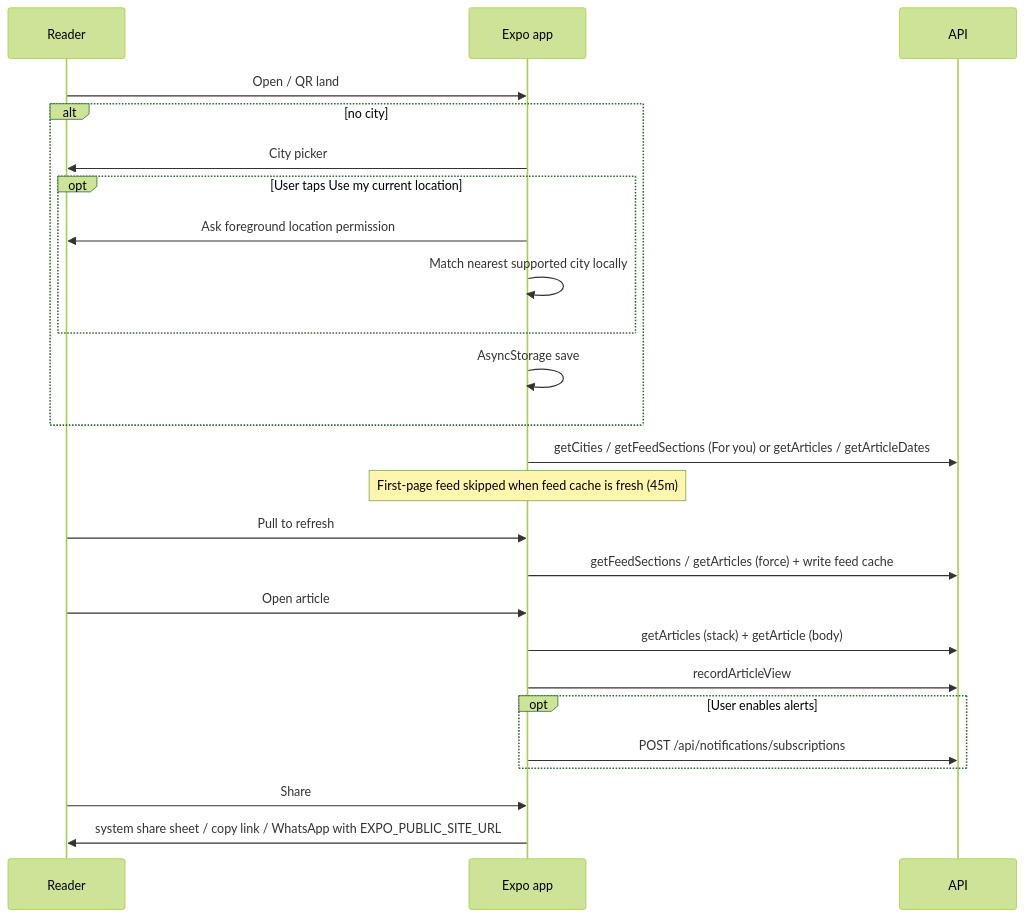
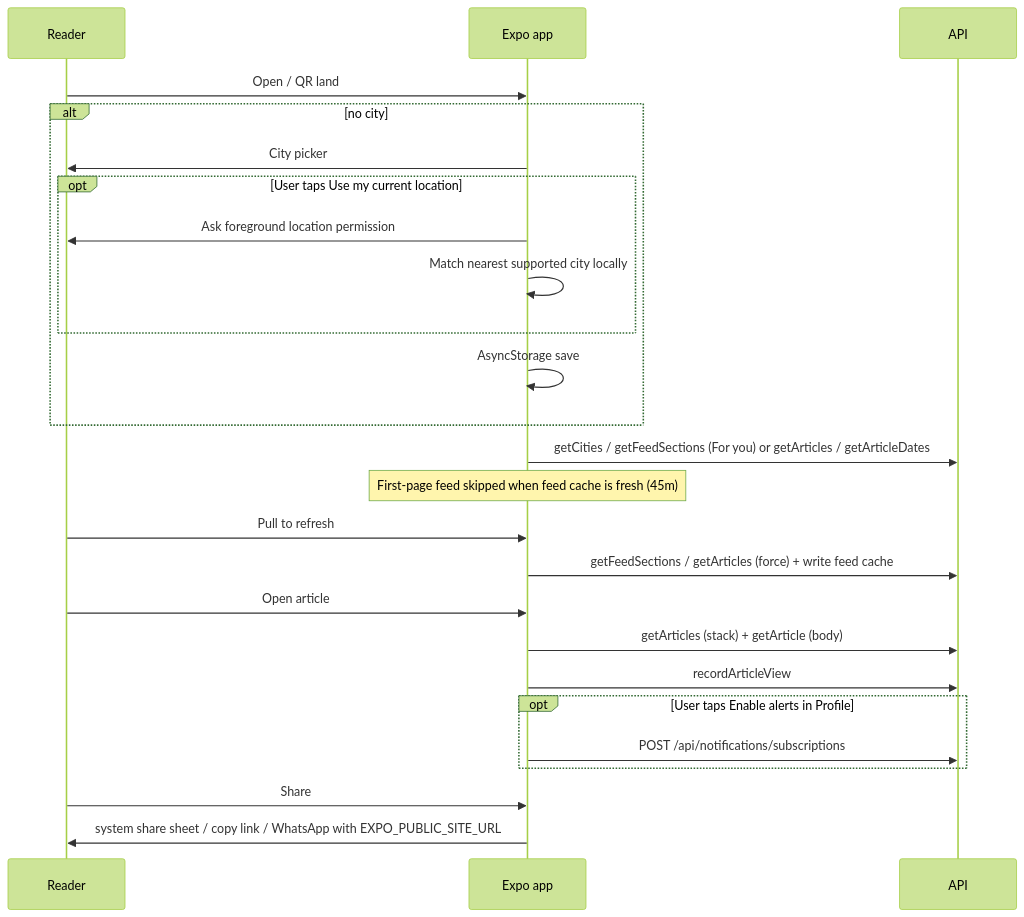
Before and after one commit to sshivanshg/TAZAkhabar: the second of 2 diagrams in docs/architecture/06-reader-app.md, drawn with Mermaid (forest theme). The commit also changed other lines of this file and 16 other files, not shown here.

````diff
--- a/docs/architecture/06-reader-app.md
+++ b/docs/architecture/06-reader-app.md
@@ -109,27 +109,27 @@
 ```mermaid
 sequenceDiagram
   participant U as Reader
   participant App as Expo app
   participant API as API
   U->>App: Open / QR land
   alt no city
     App->>U: City picker
     opt User taps Use my current location
       App->>U: Ask foreground location permission
       App->>App: Match nearest supported city locally
     end
     App->>App: AsyncStorage save
   end
   App->>API: getCities / getFeedSections (For you) or getArticles / getArticleDates
   Note over App: First-page feed skipped when feed cache is fresh (45m)
   U->>App: Pull to refresh
   App->>API: getFeedSections / getArticles (force) + write feed cache
   U->>App: Open article
   App->>API: getArticles (stack) + getArticle (body)
   App->>API: recordArticleView
-  opt User enables alerts
+  opt User taps Enable alerts in Profile
     App->>API: POST /api/notifications/subscriptions
   end
   U->>App: Share
   App->>U: system share sheet / copy link / WhatsApp with EXPO_PUBLIC_SITE_URL
 ```
````
